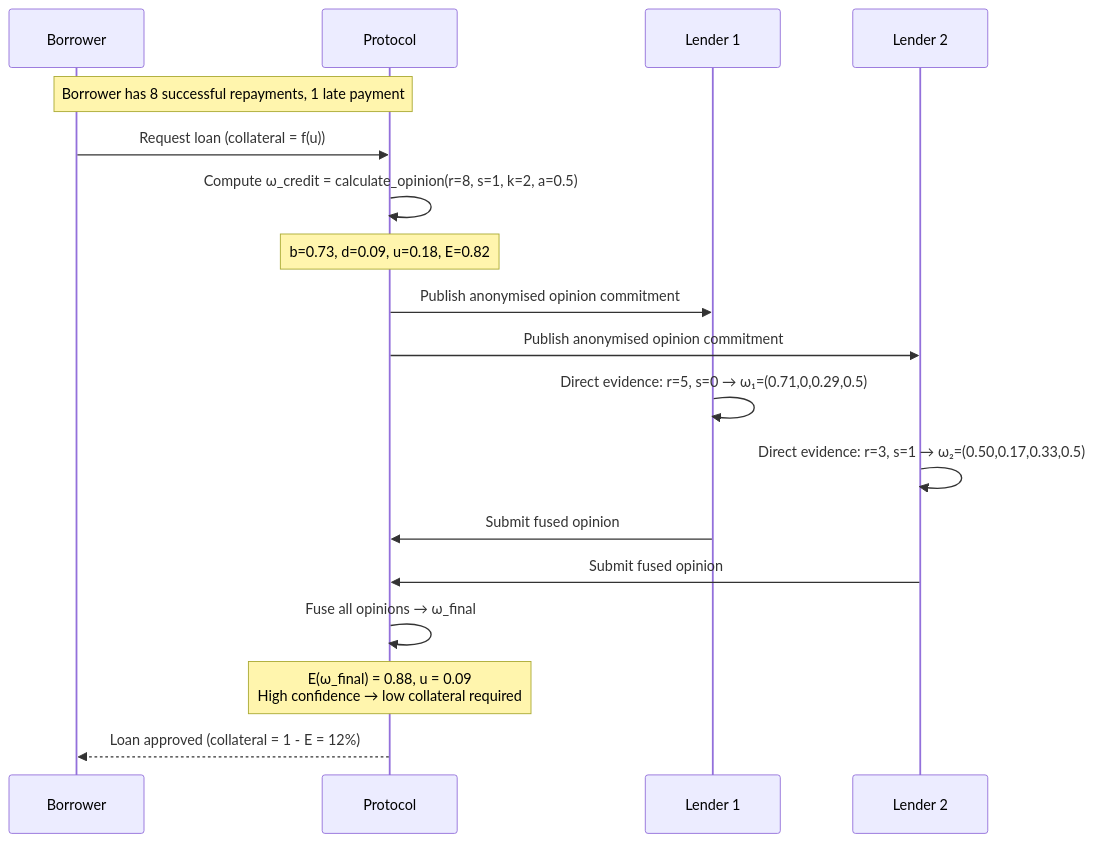
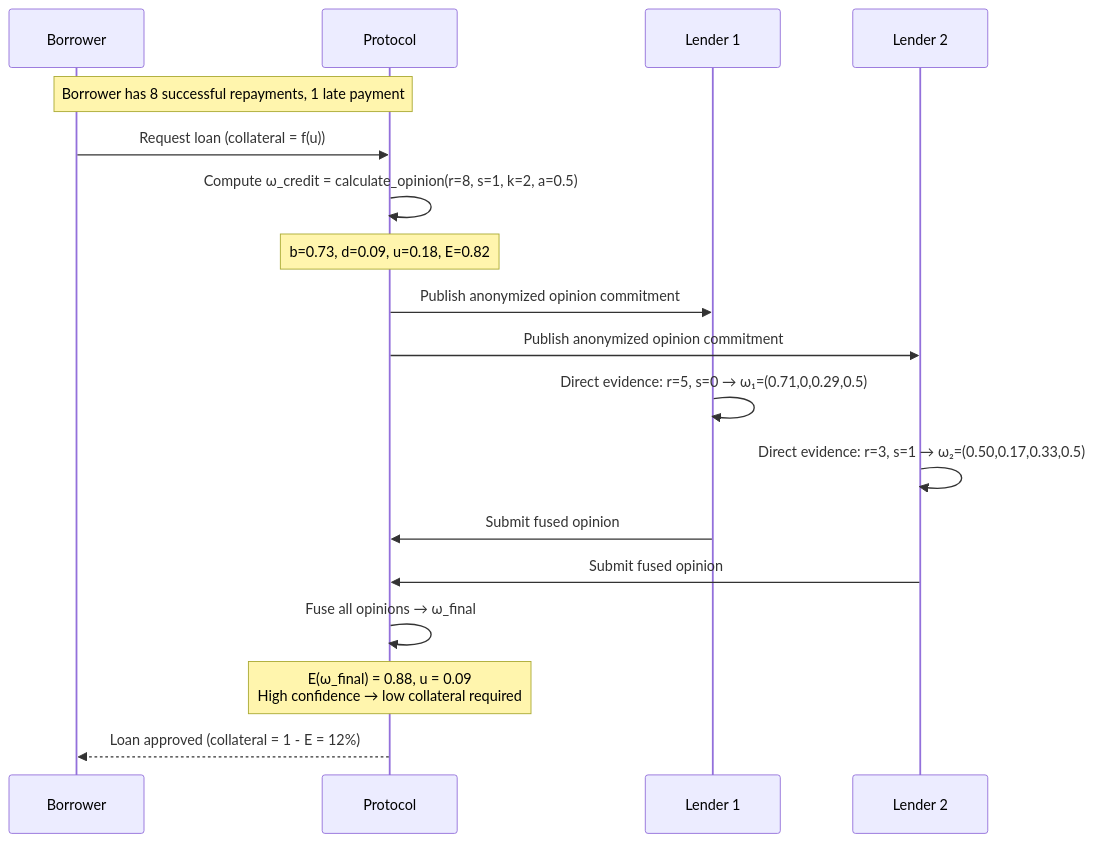
The seventh of 7 diagrams in rust/README.md (Steake/EQBSL), drawn with Mermaid before and after one commit. The commit also changed other lines of this file, not shown here.

Commit message:
docs(rust): fix diagram/code value mismatches and address review comments

````diff
--- a/rust/README.md
+++ b/rust/README.md
@@ -470,25 +475,25 @@
 ```mermaid
 sequenceDiagram
     participant B as Borrower
     participant P as Protocol
     participant L1 as Lender 1
     participant L2 as Lender 2
 
     Note over B, P: Borrower has 8 successful repayments, 1 late payment
     B->>P: Request loan (collateral = f(u))
     P->>P: Compute ω_credit = calculate_opinion(r=8, s=1, k=2, a=0.5)
     Note over P: b=0.73, d=0.09, u=0.18, E=0.82
 
-    P->>L1: Publish anonymised opinion commitment
-    P->>L2: Publish anonymised opinion commitment
+    P->>L1: Publish anonymized opinion commitment
+    P->>L2: Publish anonymized opinion commitment
 
     L1->>L1: Direct evidence: r=5, s=0 → ω₁=(0.71,0,0.29,0.5)
     L2->>L2: Direct evidence: r=3, s=1 → ω₂=(0.50,0.17,0.33,0.5)
 
     L1->>P: Submit fused opinion
     L2->>P: Submit fused opinion
     P->>P: Fuse all opinions → ω_final
     Note over P: E(ω_final) = 0.88, u = 0.09<br/>High confidence → low collateral required
 
     P-->>B: Loan approved (collateral = 1 - E = 12%)
 ```
````
